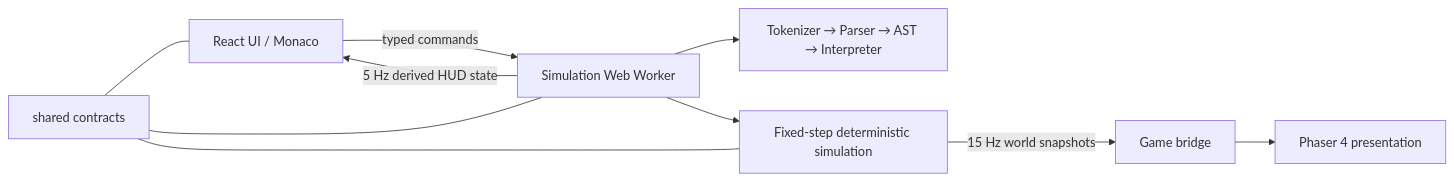
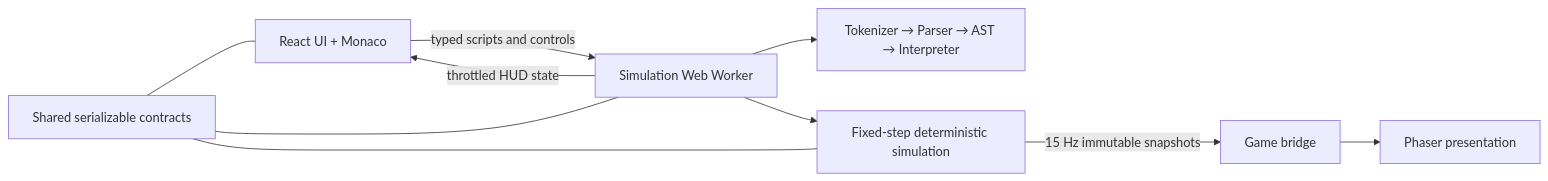
Before and after one commit to ogzkaann/swarm-script: the diagram in README.md, drawn with Mermaid. The commit also changed other lines of this file and 15 other files, not shown here.

````diff
--- a/README.md
+++ b/README.md
@@ -43,12 +41,12 @@
 ```mermaid
 flowchart LR
-  UI["React UI / Monaco"] -->|"typed commands"| W["Simulation Web Worker"]
+  UI["React UI + Monaco"] -->|"typed scripts and controls"| W["Simulation Web Worker"]
   W --> DSL["Tokenizer → Parser → AST → Interpreter"]
   W --> SIM["Fixed-step deterministic simulation"]
-  SIM -->|"15 Hz world snapshots"| B["Game bridge"]
-  B --> P["Phaser 4 presentation"]
-  W -->|"5 Hz derived HUD state"| UI
-  SH["shared contracts"] --- UI
+  SIM -->|"15 Hz immutable snapshots"| B["Game bridge"]
+  B --> P["Phaser presentation"]
+  W -->|"throttled HUD state"| UI
+  SH["Shared serializable contracts"] --- UI
   SH --- W
   SH --- SIM
 ```
````
